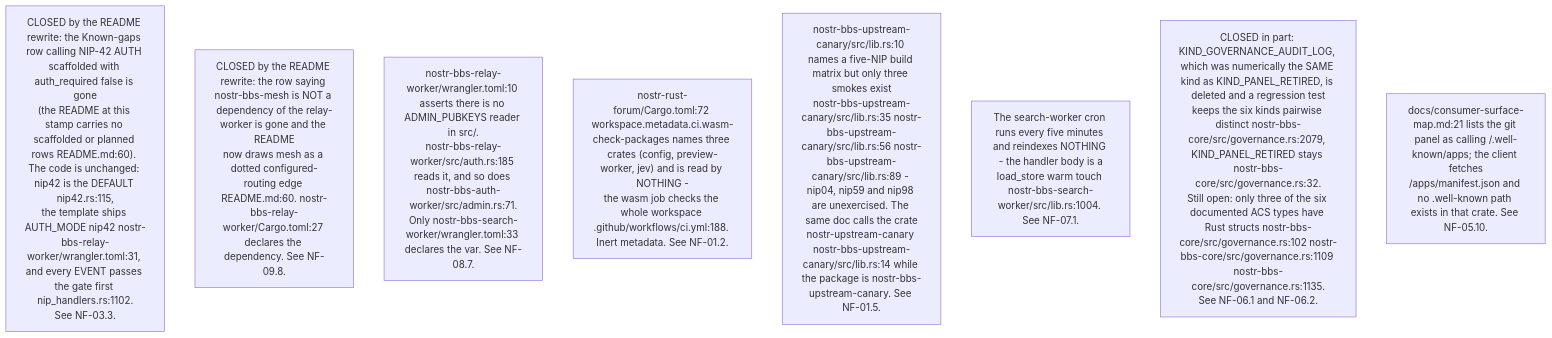
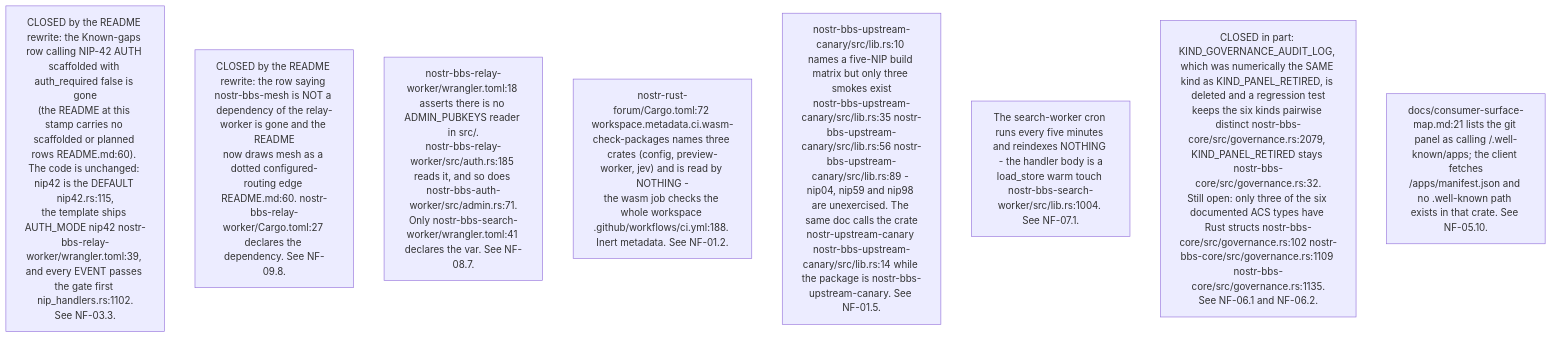
One commit to DreamLab-AI/VisionFlow changed the fifth of 10 diagrams in docs/diagrams/nostr-rust-forum/10-invariants-and-anomaly-register.md. Above: the diagram before and after it, drawn with Mermaid. The commit also changed other lines of this file and 145 other files, not shown here.

````diff
--- a/docs/diagrams/nostr-rust-forum/10-invariants-and-anomaly-register.md
+++ b/docs/diagrams/nostr-rust-forum/10-invariants-and-anomaly-register.md
@@ -130,11 +130,11 @@
 ```mermaid
 flowchart TB
-    DD1["CLOSED by the README rewrite: the Known-gaps row calling NIP-42 AUTH scaffolded with auth_required false is gone<br/>(the README at this stamp carries no scaffolded or planned rows README.md:60). The code is unchanged: nip42 is the DEFAULT nip42.rs:115,<br/>the template ships AUTH_MODE nip42 nostr-bbs-relay-worker/wrangler.toml:31, and every EVENT passes the gate first nip_handlers.rs:1102.<br/>See NF-03.3."]
+    DD1["CLOSED by the README rewrite: the Known-gaps row calling NIP-42 AUTH scaffolded with auth_required false is gone<br/>(the README at this stamp carries no scaffolded or planned rows README.md:60). The code is unchanged: nip42 is the DEFAULT nip42.rs:115,<br/>the template ships AUTH_MODE nip42 nostr-bbs-relay-worker/wrangler.toml:39, and every EVENT passes the gate first nip_handlers.rs:1102.<br/>See NF-03.3."]
     DD2["CLOSED by the README rewrite: the row saying nostr-bbs-mesh is NOT a dependency of the relay-worker is gone and the README<br/>now draws mesh as a dotted configured-routing edge README.md:60. nostr-bbs-relay-worker/Cargo.toml:27 declares the dependency. See NF-09.8."]
-    DD3["nostr-bbs-relay-worker/wrangler.toml:10 asserts there is no ADMIN_PUBKEYS reader in src/.<br/>nostr-bbs-relay-worker/src/auth.rs:185 reads it, and so does nostr-bbs-auth-worker/src/admin.rs:71.<br/>Only nostr-bbs-search-worker/wrangler.toml:33 declares the var. See NF-08.7."]
+    DD3["nostr-bbs-relay-worker/wrangler.toml:18 asserts there is no ADMIN_PUBKEYS reader in src/.<br/>nostr-bbs-relay-worker/src/auth.rs:185 reads it, and so does nostr-bbs-auth-worker/src/admin.rs:71.<br/>Only nostr-bbs-search-worker/wrangler.toml:41 declares the var. See NF-08.7."]
     DD4["nostr-rust-forum/Cargo.toml:72 workspace.metadata.ci.wasm-check-packages names three crates (config, preview-worker, jev) and is read by NOTHING -<br/>the wasm job checks the whole workspace .github/workflows/ci.yml:188. Inert metadata. See NF-01.2."]
     DD5["nostr-bbs-upstream-canary/src/lib.rs:10 names a five-NIP build matrix but only three smokes exist<br/>nostr-bbs-upstream-canary/src/lib.rs:35 nostr-bbs-upstream-canary/src/lib.rs:56 nostr-bbs-upstream-canary/src/lib.rs:89 - nip04, nip59 and nip98 are unexercised. The same doc calls the crate<br/>nostr-upstream-canary nostr-bbs-upstream-canary/src/lib.rs:14 while the package is nostr-bbs-upstream-canary. See NF-01.5."]
     DD6["The search-worker cron runs every five minutes and reindexes NOTHING - the handler body is a<br/>load_store warm touch nostr-bbs-search-worker/src/lib.rs:1004. See NF-07.1."]
     DD7["CLOSED in part: KIND_GOVERNANCE_AUDIT_LOG, which was numerically the SAME kind as KIND_PANEL_RETIRED, is deleted and a regression test<br/>keeps the six kinds pairwise distinct nostr-bbs-core/src/governance.rs:2079, KIND_PANEL_RETIRED stays nostr-bbs-core/src/governance.rs:32.<br/>Still open: only three of the six documented ACS types have Rust structs nostr-bbs-core/src/governance.rs:102 nostr-bbs-core/src/governance.rs:1109 nostr-bbs-core/src/governance.rs:1135.<br/>See NF-06.1 and NF-06.2."]
     DD8["docs/consumer-surface-map.md:21 lists the git panel as calling /.well-known/apps; the client fetches<br/>/apps/manifest.json and no .well-known path exists in that crate. See NF-05.10."]
 ```
````
